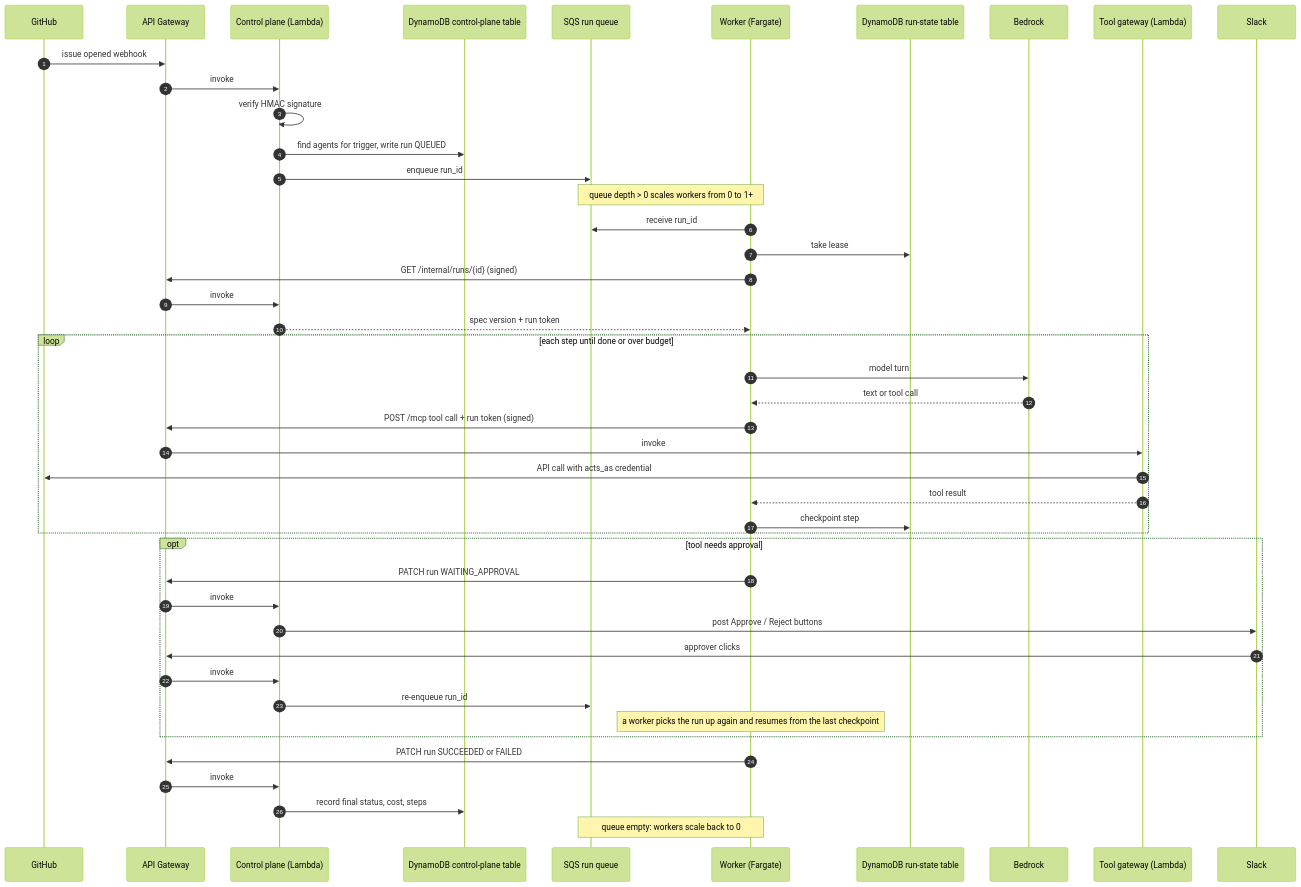
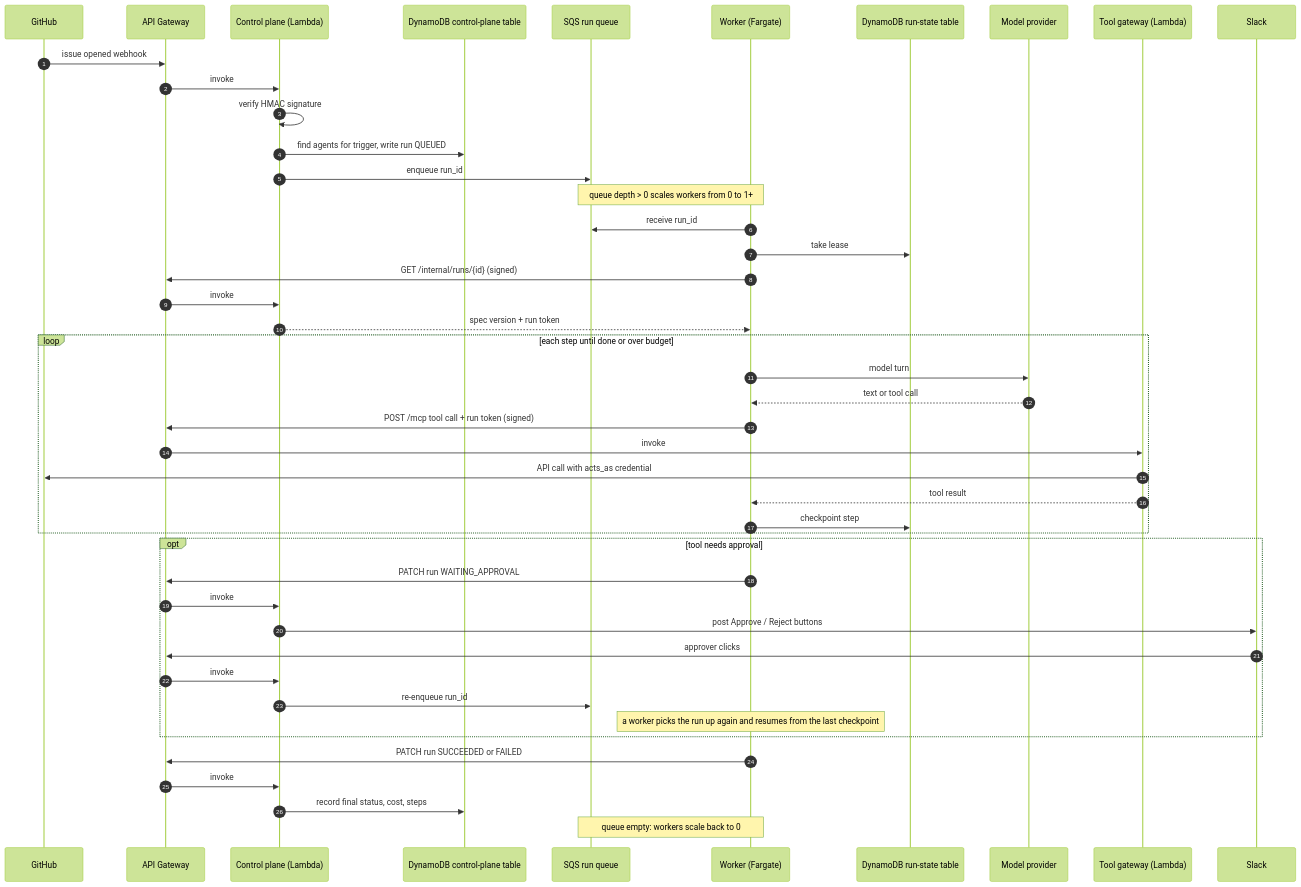
One commit to yuchia329/agent-builder-runtime-platform changed the second of 2 diagrams in docs/architecture.md. Above: the diagram before and after it, drawn with Mermaid (forest theme). The commit also changed other lines of this file and 33 other files, not shown here.

````diff
--- a/docs/architecture.md
+++ b/docs/architecture.md
@@ -33,48 +33,48 @@
 ```mermaid
 sequenceDiagram
   autonumber
   participant GH as GitHub
   participant API as API Gateway
   participant CP as Control plane (Lambda)
   participant CPDB as DynamoDB control-plane table
   participant Q as SQS run queue
   participant W as Worker (Fargate)
   participant RS as DynamoDB run-state table
-  participant BR as Bedrock
+  participant BR as Model provider
   participant GW as Tool gateway (Lambda)
   participant SL as Slack
 
   GH->>API: issue opened webhook
   API->>CP: invoke
   CP->>CP: verify HMAC signature
   CP->>CPDB: find agents for trigger, write run QUEUED
   CP->>Q: enqueue run_id
   Note over Q,W: queue depth > 0 scales workers from 0 to 1+
   W->>Q: receive run_id
   W->>RS: take lease
   W->>API: GET /internal/runs/{id} (signed)
   API->>CP: invoke
   CP-->>W: spec version + run token
   loop each step until done or over budget
     W->>BR: model turn
     BR-->>W: text or tool call
     W->>API: POST /mcp tool call + run token (signed)
     API->>GW: invoke
     GW->>GH: API call with acts_as credential
     GW-->>W: tool result
     W->>RS: checkpoint step
   end
   opt tool needs approval
     W->>API: PATCH run WAITING_APPROVAL
     API->>CP: invoke
     CP->>SL: post Approve / Reject buttons
     SL->>API: approver clicks
     API->>CP: invoke
     CP->>Q: re-enqueue run_id
     Note over W: a worker picks the run up again and resumes from the last checkpoint
   end
   W->>API: PATCH run SUCCEEDED or FAILED
   API->>CP: invoke
   CP->>CPDB: record final status, cost, steps
   Note over Q,W: queue empty: workers scale back to 0
 ```
````
